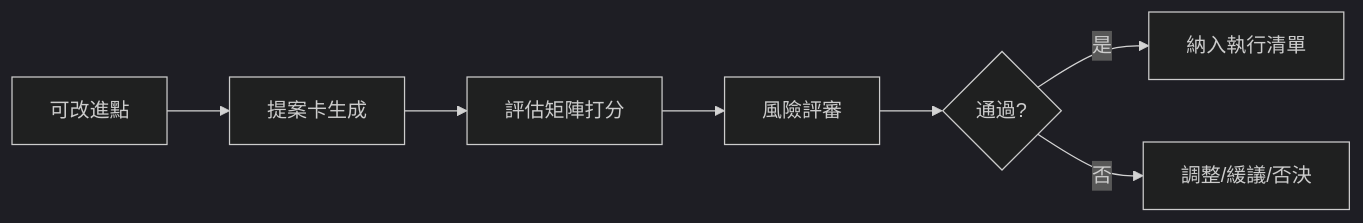
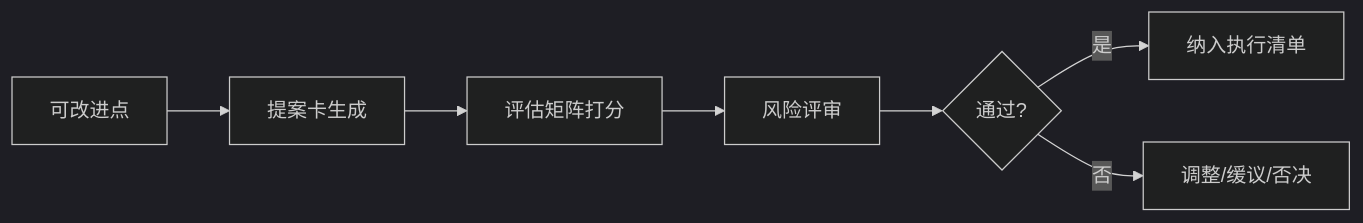
Before and after one commit to gogojaja/DevProjectTeamSkill: the first of 2 diagrams in .trae/skills/dev-project-team-skill/skills/self-improve/domain/improvement-proposal.md, drawn with Mermaid (dark theme). The commit also changed other lines of this file and 69 other files, not shown here.

````diff
--- a/.trae/skills/dev-project-team-skill/skills/self-improve/domain/improvement-proposal.md
+++ b/.trae/skills/dev-project-team-skill/skills/self-improve/domain/improvement-proposal.md
@@ -10,9 +10,9 @@
 ```mermaid
 graph LR
-  A[可改進點] --> B[提案卡生成]
-  B --> C[評估矩陣打分]
-  C --> D[風險評審]
-  D --> E{通過?}
-  E -->|是| F[納入執行清單]
-  E -->|否| G[調整/緩議/否決]
+  A[可改进点] --> B[提案卡生成]
+  B --> C[评估矩阵打分]
+  C --> D[风险评审]
+  D --> E{通过?}
+  E -->|是| F[纳入执行清单]
+  E -->|否| G[调整/缓议/否决]
 ```
````
